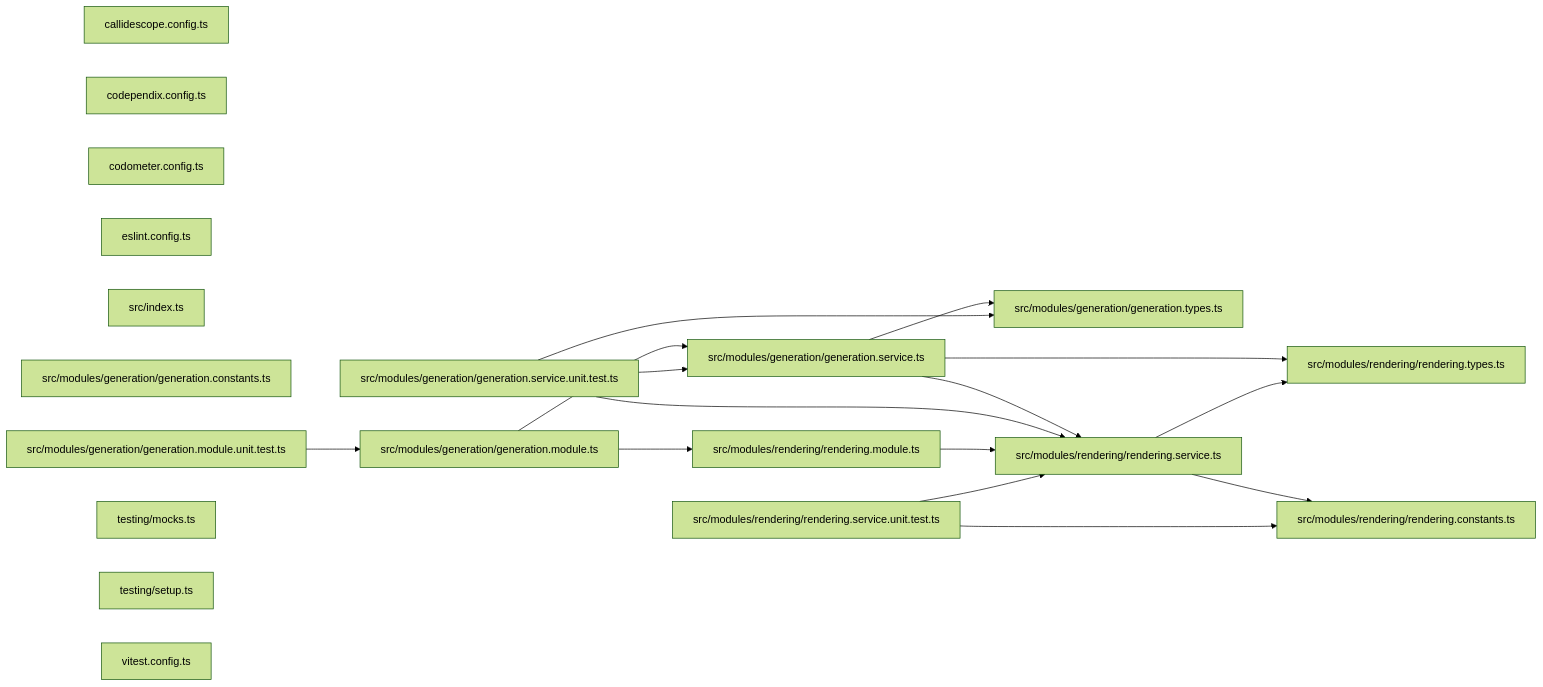
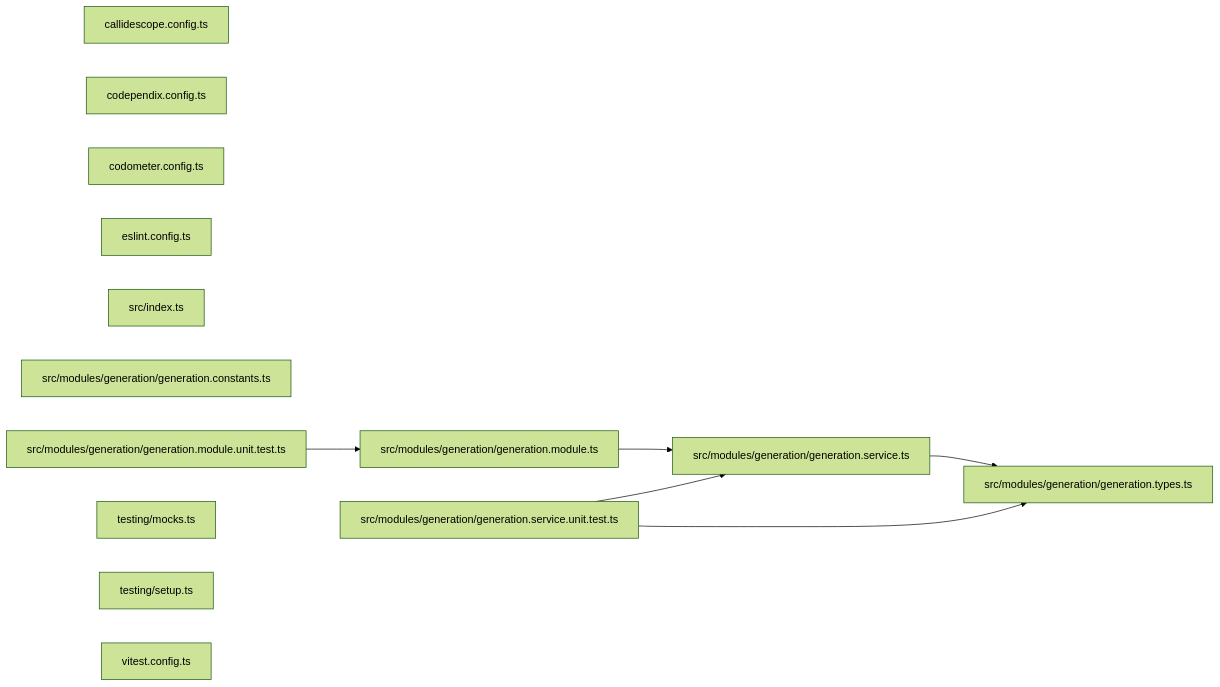
Before and after one commit to JimmyPaolini/codebase: the third of 3 diagrams in packages/ic-suite/conformetry/conformetry-generation/README.md, drawn with Mermaid (forest theme). The commit also changed other lines of this file and 164 other files, not shown here.

````diff
--- a/packages/ic-suite/conformetry/conformetry-generation/README.md
+++ b/packages/ic-suite/conformetry/conformetry-generation/README.md
@@ -186,36 +181,22 @@
 ```mermaid
 graph LR
   file_callidescope_config_ts["callidescope.config.ts"]
   file_codependix_config_ts["codependix.config.ts"]
   file_codometer_config_ts["codometer.config.ts"]
   file_eslint_config_ts["eslint.config.ts"]
   file_src_index_ts["src/index.ts"]
   file_src_modules_generation_generation_constants_ts["src/modules/generation/generation.constants.ts"]
   file_src_modules_generation_generation_module_ts["src/modules/generation/generation.module.ts"]
   file_src_modules_generation_generation_module_unit_test_ts["src/modules/generation/generation.module.unit.test.ts"]
   file_src_modules_generation_generation_service_ts["src/modules/generation/generation.service.ts"]
   file_src_modules_generation_generation_service_unit_test_ts["src/modules/generation/generation.service.unit.test.ts"]
   file_src_modules_generation_generation_types_ts["src/modules/generation/generation.types.ts"]
-  file_src_modules_rendering_rendering_constants_ts["src/modules/rendering/rendering.constants.ts"]
-  file_src_modules_rendering_rendering_module_ts["src/modules/rendering/rendering.module.ts"]
-  file_src_modules_rendering_rendering_service_ts["src/modules/rendering/rendering.service.ts"]
-  file_src_modules_rendering_rendering_service_unit_test_ts["src/modules/rendering/rendering.service.unit.test.ts"]
-  file_src_modules_rendering_rendering_types_ts["src/modules/rendering/rendering.types.ts"]
   file_testing_mocks_ts["testing/mocks.ts"]
   file_testing_setup_ts["testing/setup.ts"]
   file_vitest_config_ts["vitest.config.ts"]
   file_src_modules_generation_generation_module_ts --> file_src_modules_generation_generation_service_ts
-  file_src_modules_generation_generation_module_ts --> file_src_modules_rendering_rendering_module_ts
   file_src_modules_generation_generation_module_unit_test_ts --> file_src_modules_generation_generation_module_ts
   file_src_modules_generation_generation_service_ts --> file_src_modules_generation_generation_types_ts
-  file_src_modules_generation_generation_service_ts --> file_src_modules_rendering_rendering_service_ts
-  file_src_modules_generation_generation_service_ts --> file_src_modules_rendering_rendering_types_ts
   file_src_modules_generation_generation_service_unit_test_ts --> file_src_modules_generation_generation_service_ts
   file_src_modules_generation_generation_service_unit_test_ts --> file_src_modules_generation_generation_types_ts
-  file_src_modules_generation_generation_service_unit_test_ts --> file_src_modules_rendering_rendering_service_ts
-  file_src_modules_rendering_rendering_module_ts --> file_src_modules_rendering_rendering_service_ts
-  file_src_modules_rendering_rendering_service_ts --> file_src_modules_rendering_rendering_constants_ts
-  file_src_modules_rendering_rendering_service_ts --> file_src_modules_rendering_rendering_types_ts
-  file_src_modules_rendering_rendering_service_unit_test_ts --> file_src_modules_rendering_rendering_constants_ts
-  file_src_modules_rendering_rendering_service_unit_test_ts --> file_src_modules_rendering_rendering_service_ts
 ```
````
